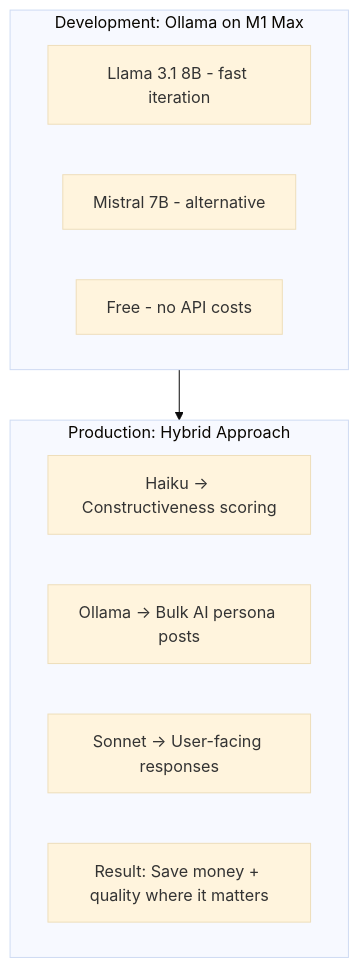
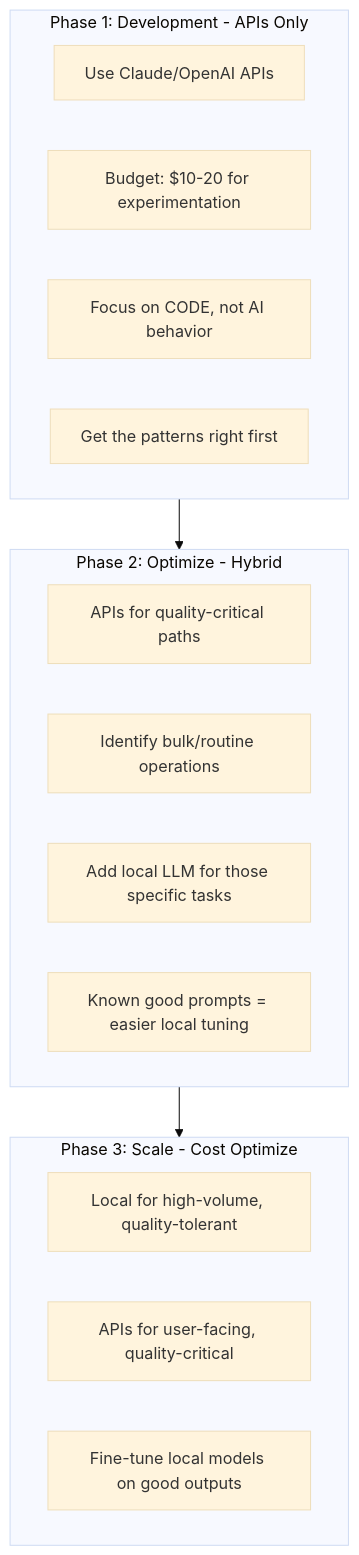
Diagram 11 of 15 in docs/TECHNOLOGY_CHOICES.md (mickdarling/asocial), drawn with Mermaid (base theme) before and after one commit. The commit also changed other lines of this file and 1 other file, not shown here.

````diff
--- a/docs/TECHNOLOGY_CHOICES.md
+++ b/docs/TECHNOLOGY_CHOICES.md
@@ -667,17 +738,24 @@
 ```mermaid
 flowchart TB
-    subgraph Dev["Development: Ollama on M1 Max"]
-        D1[Llama 3.1 8B - fast iteration]
-        D2[Mistral 7B - alternative]
-        D3[Free - no API costs]
+    subgraph Phase1["Phase 1: Development - APIs Only"]
+        P1A[Use Claude/OpenAI APIs]
+        P1B[Budget: $10-20 for experimentation]
+        P1C[Focus on CODE, not AI behavior]
+        P1D[Get the patterns right first]
     end
 
-    subgraph Prod["Production: Hybrid Approach"]
-        P1[Haiku → Constructiveness scoring]
-        P2[Ollama → Bulk AI persona posts]
-        P3[Sonnet → User-facing responses]
-        P4[Result: Save money + quality where it matters]
+    subgraph Phase2["Phase 2: Optimize - Hybrid"]
+        P2A[APIs for quality-critical paths]
+        P2B[Identify bulk/routine operations]
+        P2C[Add local LLM for those specific tasks]
+        P2D[Known good prompts = easier local tuning]
     end
 
-    Dev --> Prod
+    subgraph Phase3["Phase 3: Scale - Cost Optimize"]
+        P3A[Local for high-volume, quality-tolerant]
+        P3B[APIs for user-facing, quality-critical]
+        P3C[Fine-tune local models on good outputs]
+    end
+
+    Phase1 --> Phase2 --> Phase3
 ```
````
